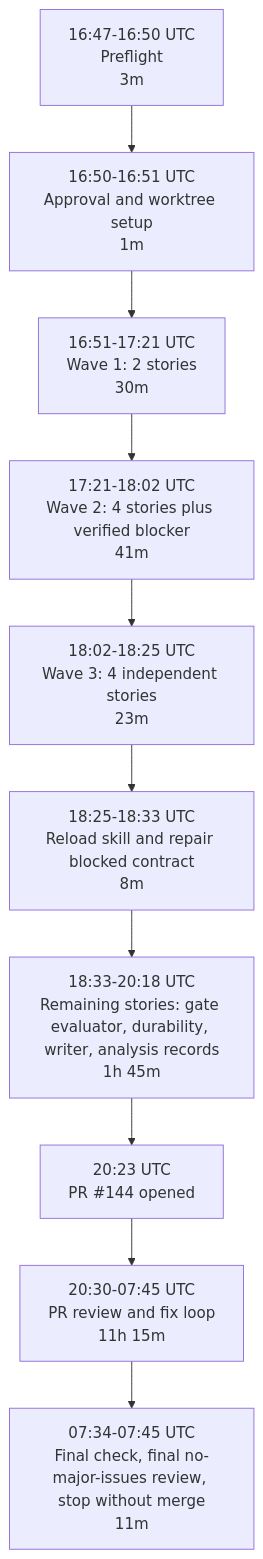
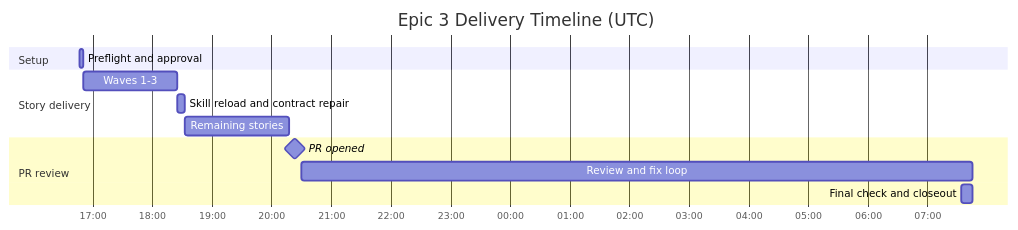
The second of 2 diagrams in docs/implementation/epics/epic-3-core-runtime-spine/delivery-retro-report.md (aryeko/agentic-workflow-kit), drawn with Mermaid before and after one commit. The commit also changed other lines of this file, not shown here.

Commit message:
docs: restore compact epic 3 retro gantt

````diff
--- a/docs/implementation/epics/epic-3-core-runtime-spine/delivery-retro-report.md
+++ b/docs/implementation/epics/epic-3-core-runtime-spine/delivery-retro-report.md
@@ -124,15 +124,19 @@
 ```mermaid
-flowchart TD
-    A["16:47-16:50 UTC<br/>Preflight<br/>3m"]
-    B["16:50-16:51 UTC<br/>Approval and worktree setup<br/>1m"]
-    C["16:51-17:21 UTC<br/>Wave 1: 2 stories<br/>30m"]
-    D["17:21-18:02 UTC<br/>Wave 2: 4 stories plus verified blocker<br/>41m"]
-    E["18:02-18:25 UTC<br/>Wave 3: 4 independent stories<br/>23m"]
-    F["18:25-18:33 UTC<br/>Reload skill and repair blocked contract<br/>8m"]
-    G["18:33-20:18 UTC<br/>Remaining stories: gate evaluator, durability, writer, analysis records<br/>1h 45m"]
-    H["20:23 UTC<br/>PR #144 opened"]
-    I["20:30-07:45 UTC<br/>PR review and fix loop<br/>11h 15m"]
-    J["07:34-07:45 UTC<br/>Final check, final no-major-issues review, stop without merge<br/>11m"]
+gantt
+    title Epic 3 Delivery Timeline (UTC)
+    dateFormat  YYYY-MM-DD HH:mm
+    axisFormat  %H:%M
 
-    A --> B --> C --> D --> E --> F --> G --> H --> I --> J
+    section Setup
+    Preflight and approval          :2026-06-23 16:47, 2026-06-23 16:51
+
+    section Story delivery
+    Waves 1-3                       :2026-06-23 16:51, 2026-06-23 18:25
+    Skill reload and contract repair:2026-06-23 18:25, 2026-06-23 18:33
+    Remaining stories               :2026-06-23 18:33, 2026-06-23 20:18
+
+    section PR review
+    PR opened                       :milestone, 2026-06-23 20:23, 0m
+    Review and fix loop             :2026-06-23 20:30, 2026-06-24 07:45
+    Final check and closeout        :2026-06-24 07:34, 2026-06-24 07:45
 ```
````
